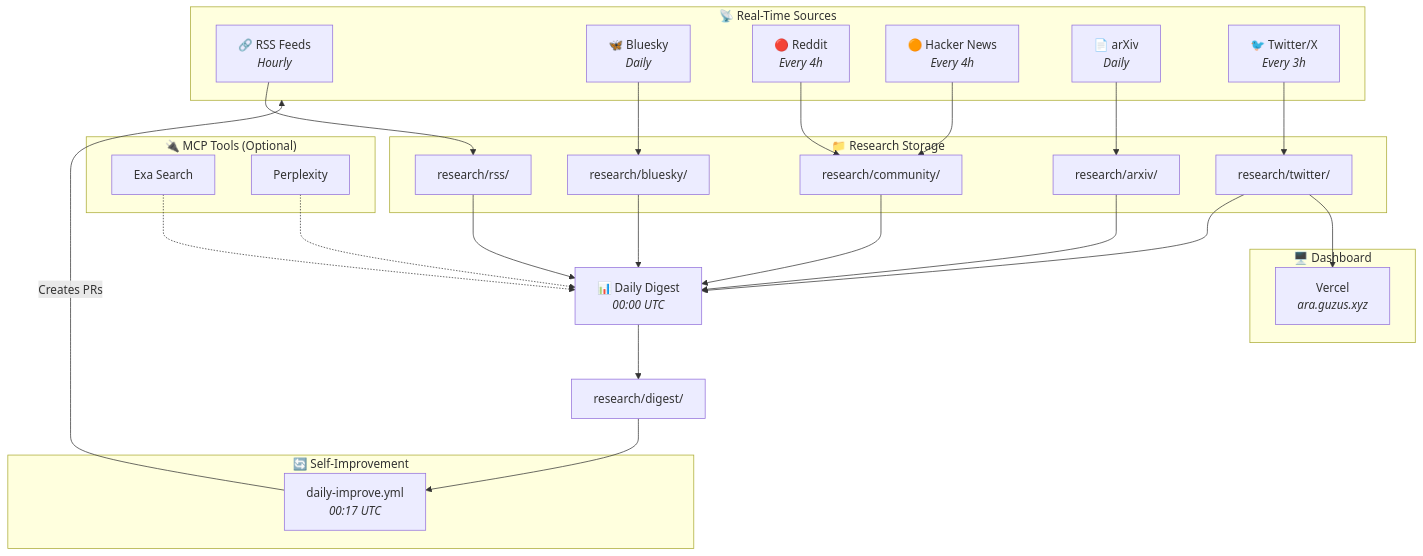
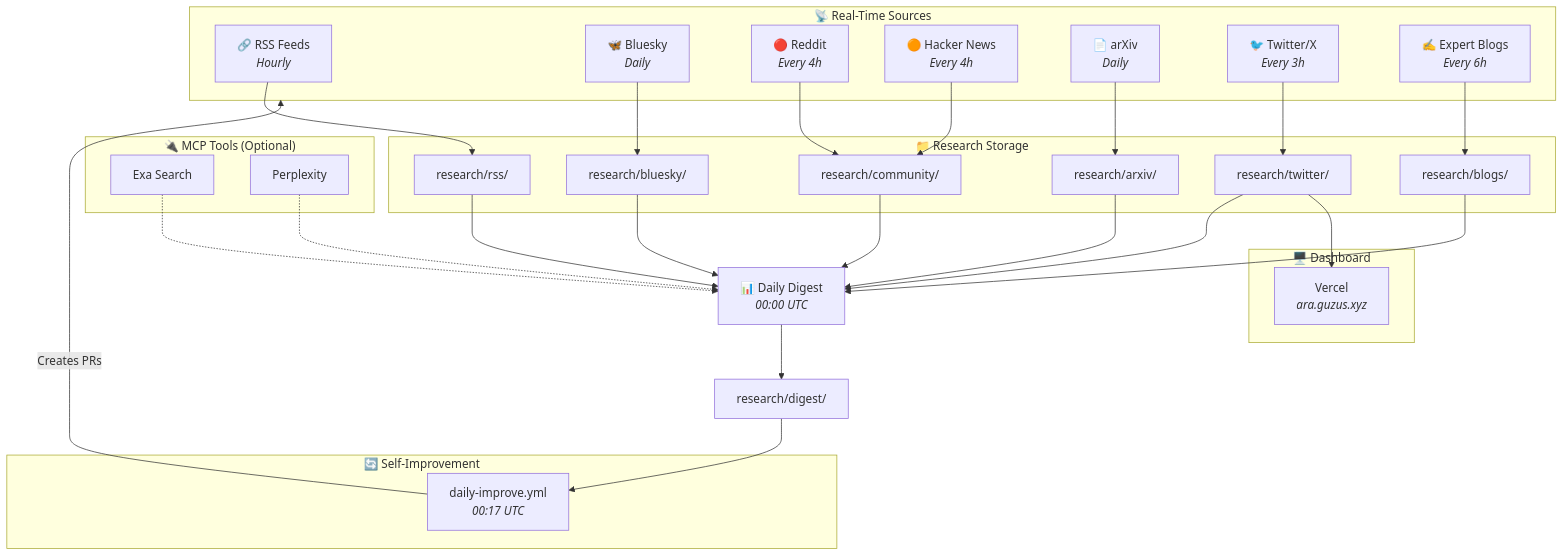
Before and after one commit to guzus/ai-research-arm: the first of 2 diagrams in README.md, drawn with Mermaid. The commit also changed other lines of this file and 6 other files, not shown here.

````diff
--- a/README.md
+++ b/README.md
@@ -15,56 +15,60 @@
 ```mermaid
 flowchart TB
     subgraph sources["📡 Real-Time Sources"]
         RSS["🔗 RSS Feeds<br/><i>Hourly</i>"]
         Bluesky["🦋 Bluesky<br/><i>Daily</i>"]
         Reddit["🔴 Reddit<br/><i>Every 4h</i>"]
         HN["🟠 Hacker News<br/><i>Every 4h</i>"]
         arXiv["📄 arXiv<br/><i>Daily</i>"]
         Twitter["🐦 Twitter/X<br/><i>Every 3h</i>"]
+        Blogs["✍️ Expert Blogs<br/><i>Every 6h</i>"]
     end
 
     subgraph mcp["🔌 MCP Tools (Optional)"]
         Exa["Exa Search"]
         Perplexity["Perplexity"]
     end
 
     subgraph storage["📁 Research Storage"]
         rss_out["research/rss/"]
         bluesky_out["research/bluesky/"]
         community_out["research/community/"]
         arxiv_out["research/arxiv/"]
         twitter_out["research/twitter/"]
+        blogs_out["research/blogs/"]
     end
 
     RSS --> rss_out
     Bluesky --> bluesky_out
     Reddit --> community_out
     HN --> community_out
     arXiv --> arxiv_out
     Twitter --> twitter_out
+    Blogs --> blogs_out
 
     rss_out --> Digest
     bluesky_out --> Digest
     community_out --> Digest
     arxiv_out --> Digest
     twitter_out --> Digest
+    blogs_out --> Digest
 
     Exa -.-> Digest
     Perplexity -.-> Digest
 
     Digest["📊 Daily Digest<br/><i>00:00 UTC</i>"]
     Digest --> digest_out["research/digest/"]
 
     subgraph improve["🔄 Self-Improvement"]
         Improve["daily-improve.yml<br/><i>00:17 UTC</i>"]
     end
 
     digest_out --> Improve
     Improve -->|"Creates PRs"| sources
 
     subgraph dashboard["🖥️ Dashboard"]
         Vercel["Vercel<br/><i>ara.guzus.xyz</i>"]
     end
 
     twitter_out --> Vercel
 ```
````
